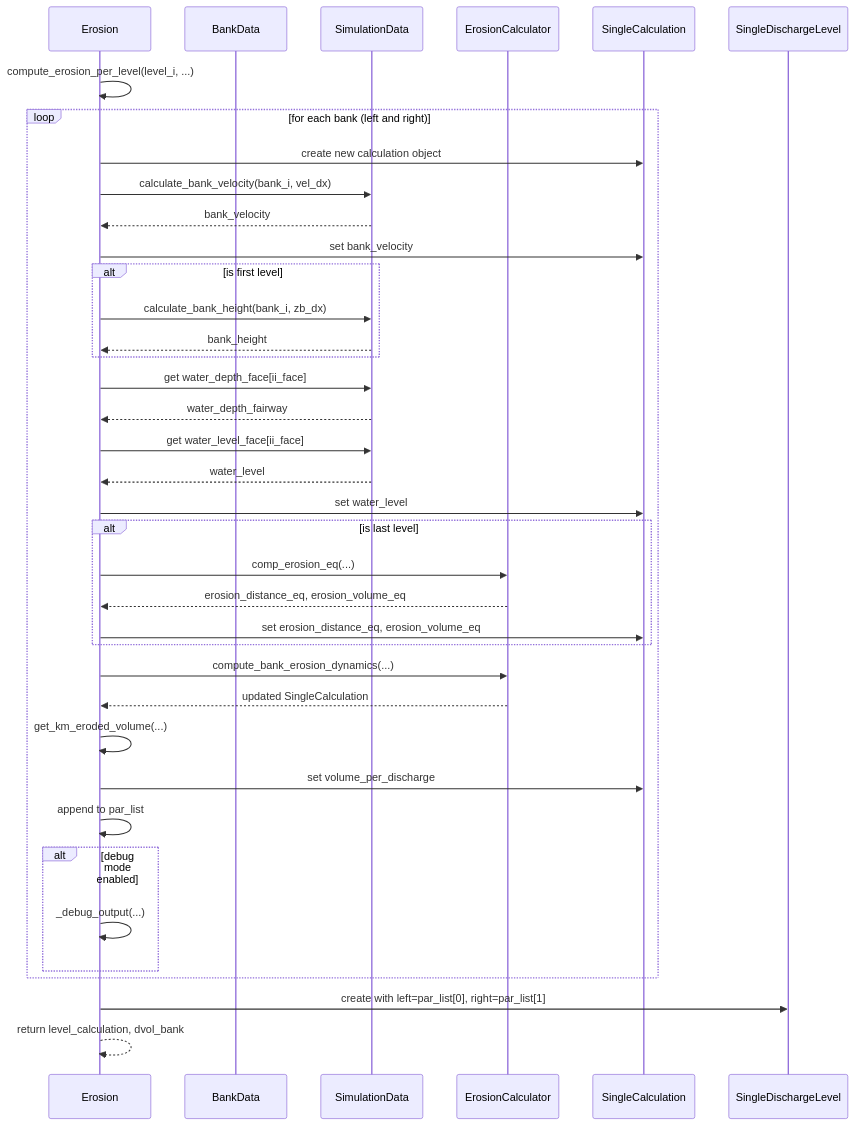
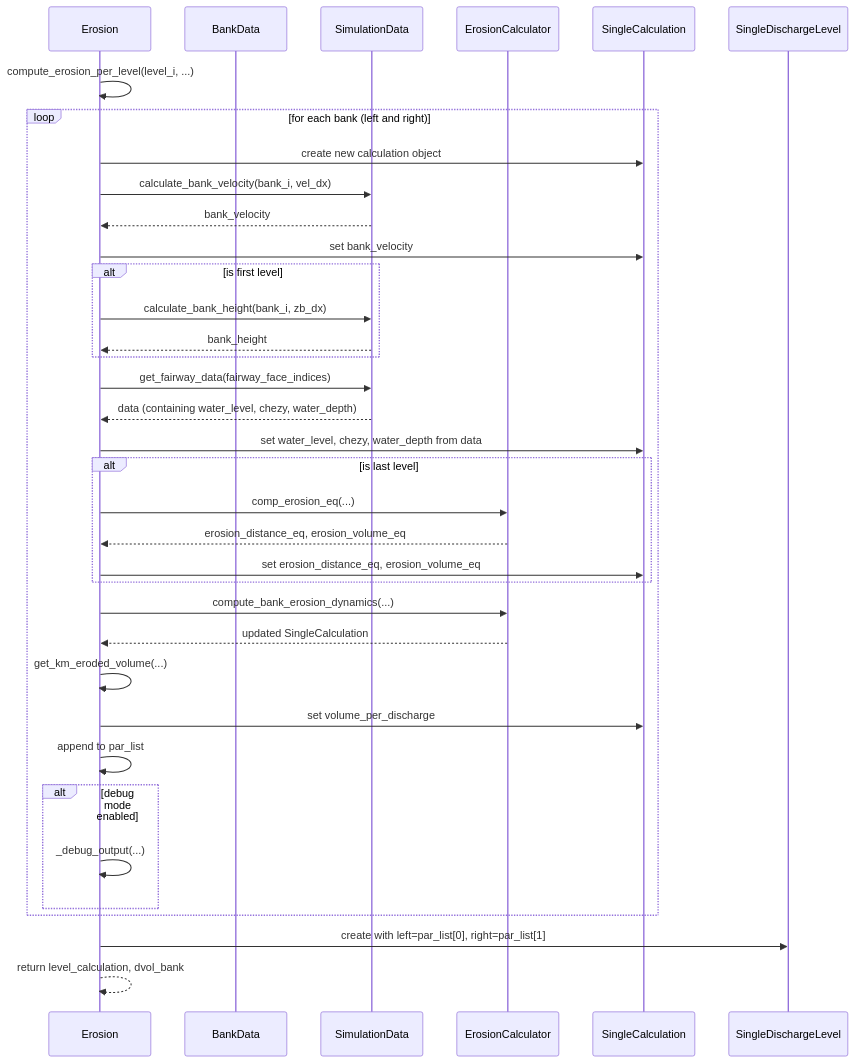
One commit to Deltares/D-FAST_Bank_Erosion changed the third of 8 diagrams in docs/mkdocs/api/bank_erosion/erosion_calculation.md. Above: the diagram before and after it, drawn with Mermaid. The commit also changed other lines of this file, not shown here.

Commit message:
add documentation for the discharge level calculation loop

````diff
--- a/docs/mkdocs/api/bank_erosion/erosion_calculation.md
+++ b/docs/mkdocs/api/bank_erosion/erosion_calculation.md
@@ -132,48 +135,46 @@
 ```mermaid
 sequenceDiagram
     participant Erosion
     participant BankData
     participant SimulationData
     participant ErosionCalculator
     participant SingleCalculation
     participant SingleDischargeLevel
 
     Erosion->>Erosion: compute_erosion_per_level(level_i, ...)
     loop for each bank (left and right)
         Erosion->>SingleCalculation: create new calculation object
         Erosion->>SimulationData: calculate_bank_velocity(bank_i, vel_dx)
         SimulationData-->>Erosion: bank_velocity
         Erosion->>SingleCalculation: set bank_velocity
 
         alt is first level
             Erosion->>SimulationData: calculate_bank_height(bank_i, zb_dx)
             SimulationData-->>Erosion: bank_height
         end
 
-        Erosion->>SimulationData: get water_depth_face[ii_face]
-        SimulationData-->>Erosion: water_depth_fairway
-        Erosion->>SimulationData: get water_level_face[ii_face]
-        SimulationData-->>Erosion: water_level
-        Erosion->>SingleCalculation: set water_level
+        Erosion->>SimulationData: get_fairway_data(fairway_face_indices)
+        SimulationData-->>Erosion: data (containing water_level, chezy, water_depth)
+        Erosion->>SingleCalculation: set water_level, chezy, water_depth from data
 
         alt is last level
             Erosion->>ErosionCalculator: comp_erosion_eq(...)
             ErosionCalculator-->>Erosion: erosion_distance_eq, erosion_volume_eq
             Erosion->>SingleCalculation: set erosion_distance_eq, erosion_volume_eq
         end
 
         Erosion->>ErosionCalculator: compute_bank_erosion_dynamics(...)
         ErosionCalculator-->>Erosion: updated SingleCalculation
 
         Erosion->>Erosion: get_km_eroded_volume(...)
         Erosion->>SingleCalculation: set volume_per_discharge
         Erosion->>Erosion: append to par_list
 
         alt debug mode enabled
             Erosion->>Erosion: _debug_output(...)
         end
     end
 
     Erosion->>SingleDischargeLevel: create with left=par_list[0], right=par_list[1]
     Erosion-->>Erosion: return level_calculation, dvol_bank
 ```
````
